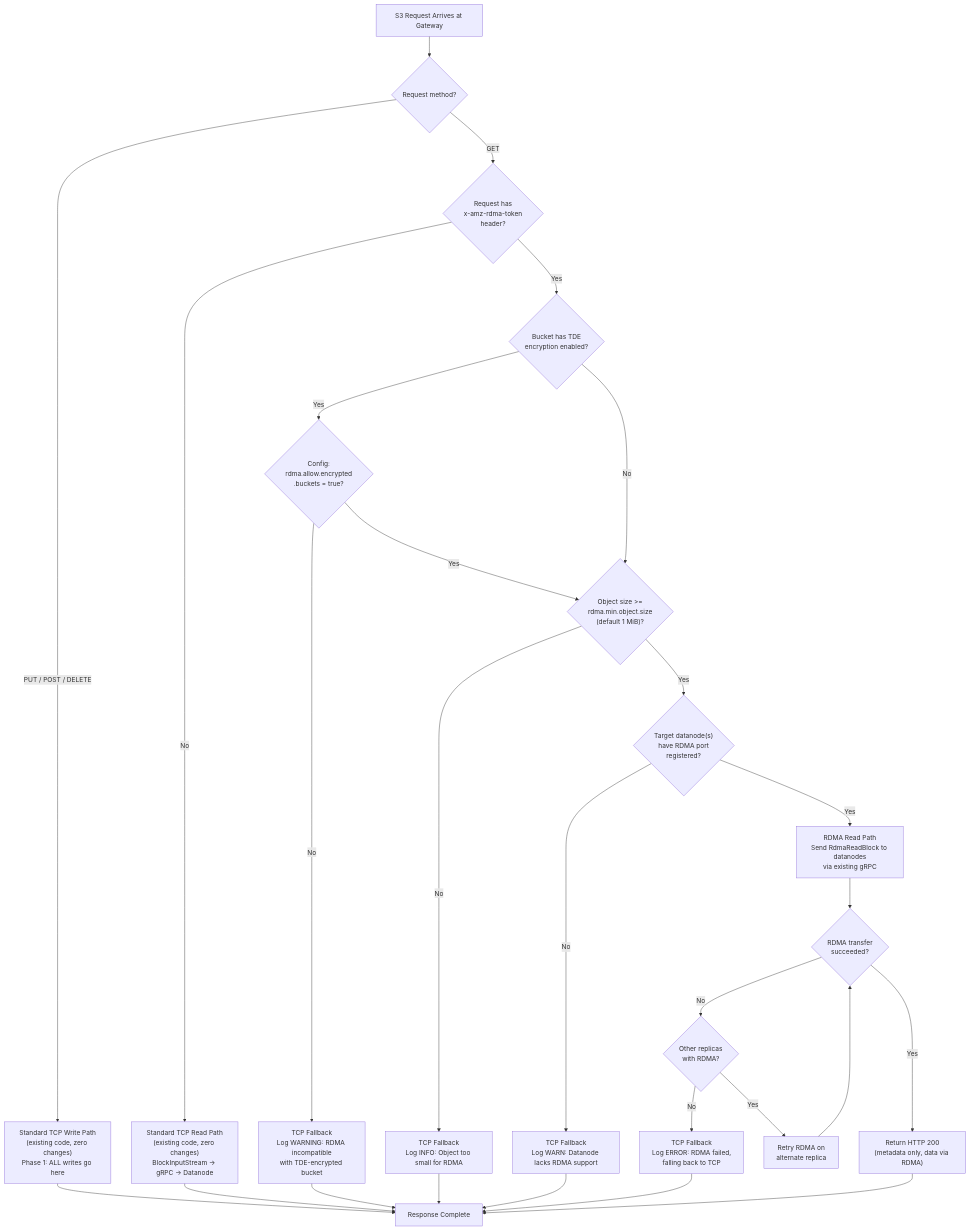
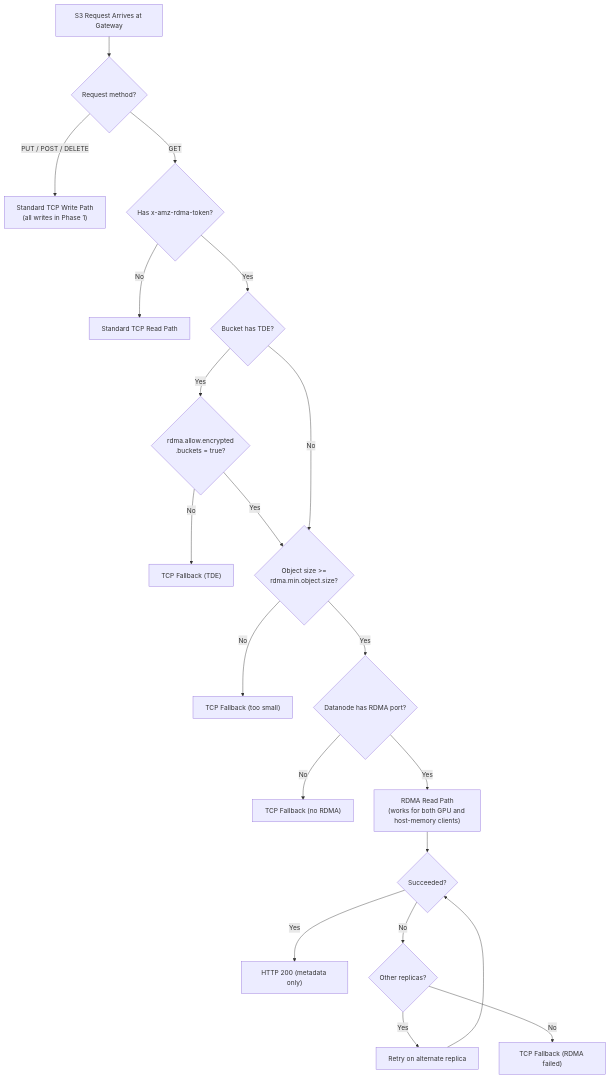
The seventh of 10 diagrams in docs/gds-dn-direct-rdma-implementation-spec.md (ptlrs/ozone), drawn with Mermaid before and after one commit. The commit also changed other lines of this file and 1 other file, not shown here.

Commit message:
GPUDIRECT. Update GPUDirect Storage spec to v7.0 with dual-mode GPU/host-memory RDMA support, extended cloud deployment recommendations, and updated architectural flow diagrams

````diff
--- a/docs/gds-dn-direct-rdma-implementation-spec.md
+++ b/docs/gds-dn-direct-rdma-implementation-spec.md
@@ -378,31 +526,24 @@
 ```mermaid
 flowchart TD
   Start["S3 Request Arrives at Gateway"]
   CheckMethod{"Request method?"}
   Start --> CheckMethod
-  CheckMethod -->|"PUT / POST / DELETE"| TCPWrite["Standard TCP Write Path<br/>(existing code, zero changes)<br/>Phase 1: ALL writes go here"]
-  CheckMethod -->|"GET"| CheckToken{"Request has<br/>x-amz-rdma-token<br/>header?"}
-  CheckToken -->|"No"| TCPPath["Standard TCP Read Path<br/>(existing code, zero changes)<br/>BlockInputStream -> gRPC -> Datanode"]
-  CheckToken -->|"Yes"| CheckTDE{"Bucket has TDE<br/>encryption enabled?"}
-  CheckTDE -->|"Yes"| CheckAllowEncrypted{"Config:<br/>rdma.allow.encrypted<br/>.buckets = true?"}
-  CheckAllowEncrypted -->|"No"| TCPFallbackTDE["TCP Fallback<br/>Log WARNING: RDMA incompatible<br/>with TDE-encrypted bucket"]
+  CheckMethod -->|"PUT / POST / DELETE"| TCPWrite["Standard TCP Write Path<br/>(all writes in Phase 1)"]
+  CheckMethod -->|"GET"| CheckToken{"Has x-amz-rdma-token?"}
+  CheckToken -->|"No"| TCPPath["Standard TCP Read Path"]
+  CheckToken -->|"Yes"| CheckTDE{"Bucket has TDE?"}
+  CheckTDE -->|"Yes"| CheckAllowEncrypted{"rdma.allow.encrypted<br/>.buckets = true?"}
+  CheckAllowEncrypted -->|"No"| TCPFallbackTDE["TCP Fallback (TDE)"]
   CheckAllowEncrypted -->|"Yes"| CheckSize
-  CheckTDE -->|"No"| CheckSize{"Object size >=<br/>rdma.min.object.size<br/>(default 1 MiB)?"}
-  CheckSize -->|"No"| TCPFallbackSmall["TCP Fallback<br/>Log INFO: Object too small for RDMA"]
-  CheckSize -->|"Yes"| CheckDN{"Target datanode(s)<br/>have RDMA port<br/>registered?"}
-  CheckDN -->|"No"| TCPFallbackNoDN["TCP Fallback<br/>Log WARN: Datanode lacks RDMA support"]
-  CheckDN -->|"Yes"| RDMAPath["RDMA Read Path<br/>Send RdmaReadBlock to datanodes<br/>via existing gRPC"]
-  RDMAPath --> RDMAResult{"RDMA transfer<br/>succeeded?"}
-  RDMAResult -->|"Yes"| Success["Return HTTP 200<br/>(metadata only, data via RDMA)"]
-  RDMAResult -->|"No"| RetryReplica{"Other replicas<br/>with RDMA?"}
-  RetryReplica -->|"Yes"| RDMARetry["Retry RDMA on<br/>alternate replica"]
+  CheckTDE -->|"No"| CheckSize{"Object size >=<br/>rdma.min.object.size?"}
+  CheckSize -->|"No"| TCPFallbackSmall["TCP Fallback (too small)"]
+  CheckSize -->|"Yes"| CheckDN{"Datanode has RDMA port?"}
+  CheckDN -->|"No"| TCPFallbackNoDN["TCP Fallback (no RDMA)"]
+  CheckDN -->|"Yes"| RDMAPath["RDMA Read Path<br/>(works for both GPU and host-memory clients)"]
+  RDMAPath --> RDMAResult{"Succeeded?"}
+  RDMAResult -->|"Yes"| Success["HTTP 200 (metadata only)"]
+  RDMAResult -->|"No"| RetryReplica{"Other replicas?"}
+  RetryReplica -->|"Yes"| RDMARetry["Retry on alternate replica"]
   RDMARetry --> RDMAResult
-  RetryReplica -->|"No"| TCPFallbackError["TCP Fallback<br/>Log ERROR: RDMA failed,<br/>falling back to TCP"]
-  TCPWrite --> Done["Response Complete"]
-  TCPPath --> Done
-  TCPFallbackTDE --> Done
-  TCPFallbackSmall --> Done
-  TCPFallbackNoDN --> Done
-  TCPFallbackError --> Done
-  Success --> Done
+  RetryReplica -->|"No"| TCPFallbackError["TCP Fallback (RDMA failed)"]
 ```
````
